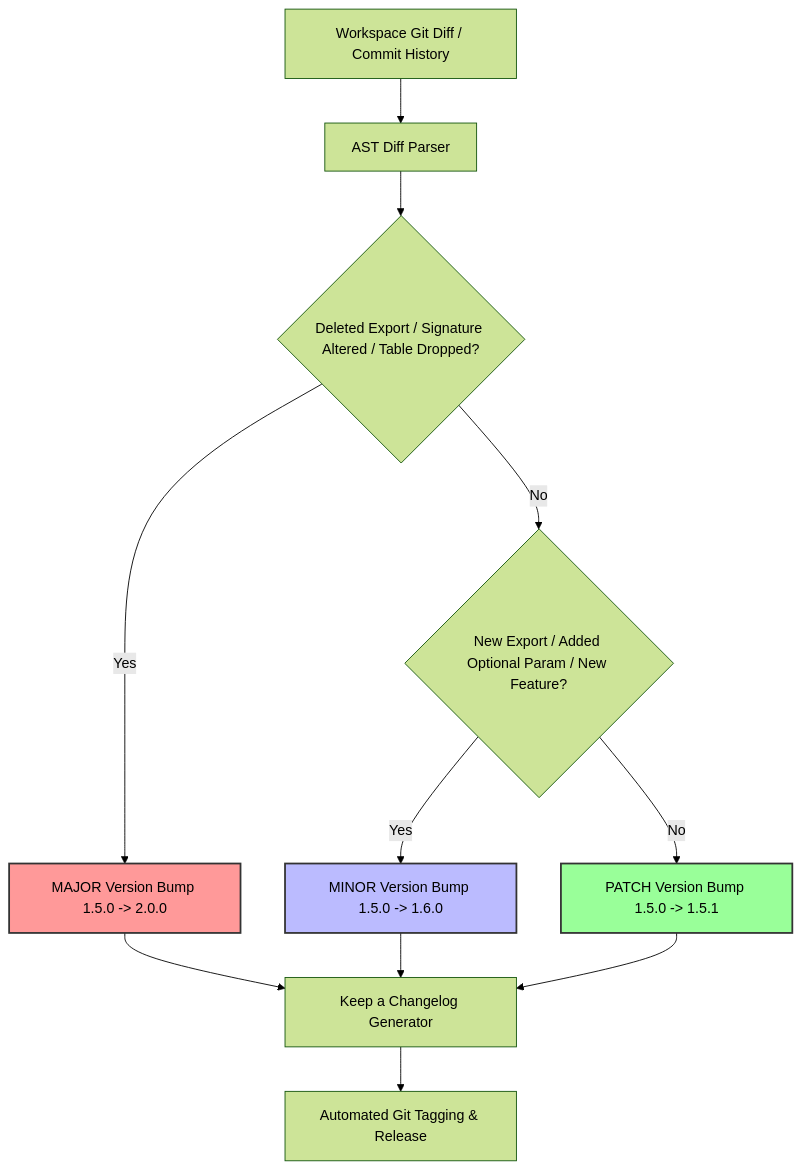
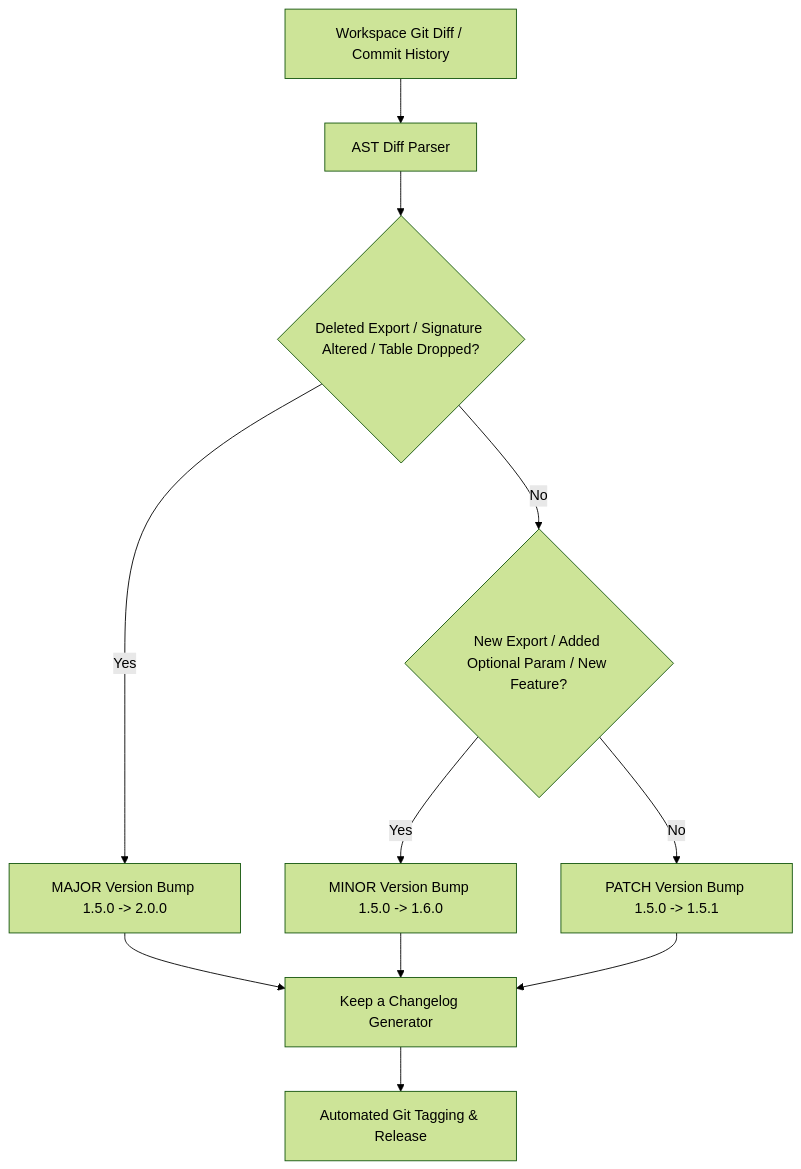
One commit to EldrexDelosReyesBula/DevDiff changed the diagram in docs/features/automated-versioning.md. Above: the diagram before and after it, drawn with Mermaid (forest theme). The commit also changed other lines of this file and 187 other files, not shown here.

First line of the commit message:
release: v1.8.0 — multi-registry distribution, plugin architecture & documentation overhaul

````diff
--- a/docs/features/automated-versioning.md
+++ b/docs/features/automated-versioning.md
@@ -9,22 +9,18 @@
 ```mermaid
 flowchart TD
     Diff[Workspace Git Diff / Commit History] --> Parser[AST Diff Parser]
 
     Parser --> Check1{Deleted Export / Signature Altered / Table Dropped?}
     Check1 -->|Yes| Major[MAJOR Version Bump 1.5.0 -> 2.0.0]
 
     Check1 -->|No| Check2{New Export / Added Optional Param / New Feature?}
     Check2 -->|Yes| Minor[MINOR Version Bump 1.5.0 -> 1.6.0]
 
     Check2 -->|No| Patch[PATCH Version Bump 1.5.0 -> 1.5.1]
 
     Major --> Generator[Keep a Changelog Generator]
     Minor --> Generator
     Patch --> Generator
 
     Generator --> Release[Automated Git Tagging & Release]
-
-    style Major fill:#f99,stroke:#333,stroke-width:2px
-    style Minor fill:#bbf,stroke:#333,stroke-width:2px
-    style Patch fill:#9f9,stroke:#333,stroke-width:2px
 ```
````
